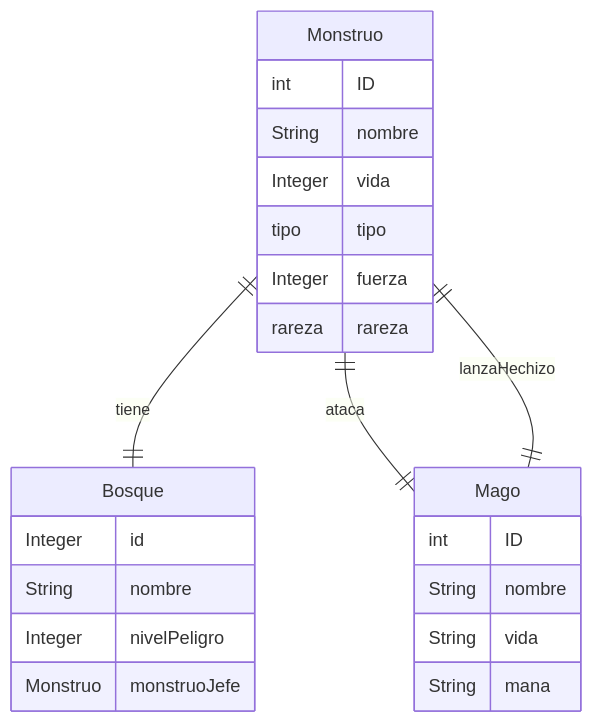
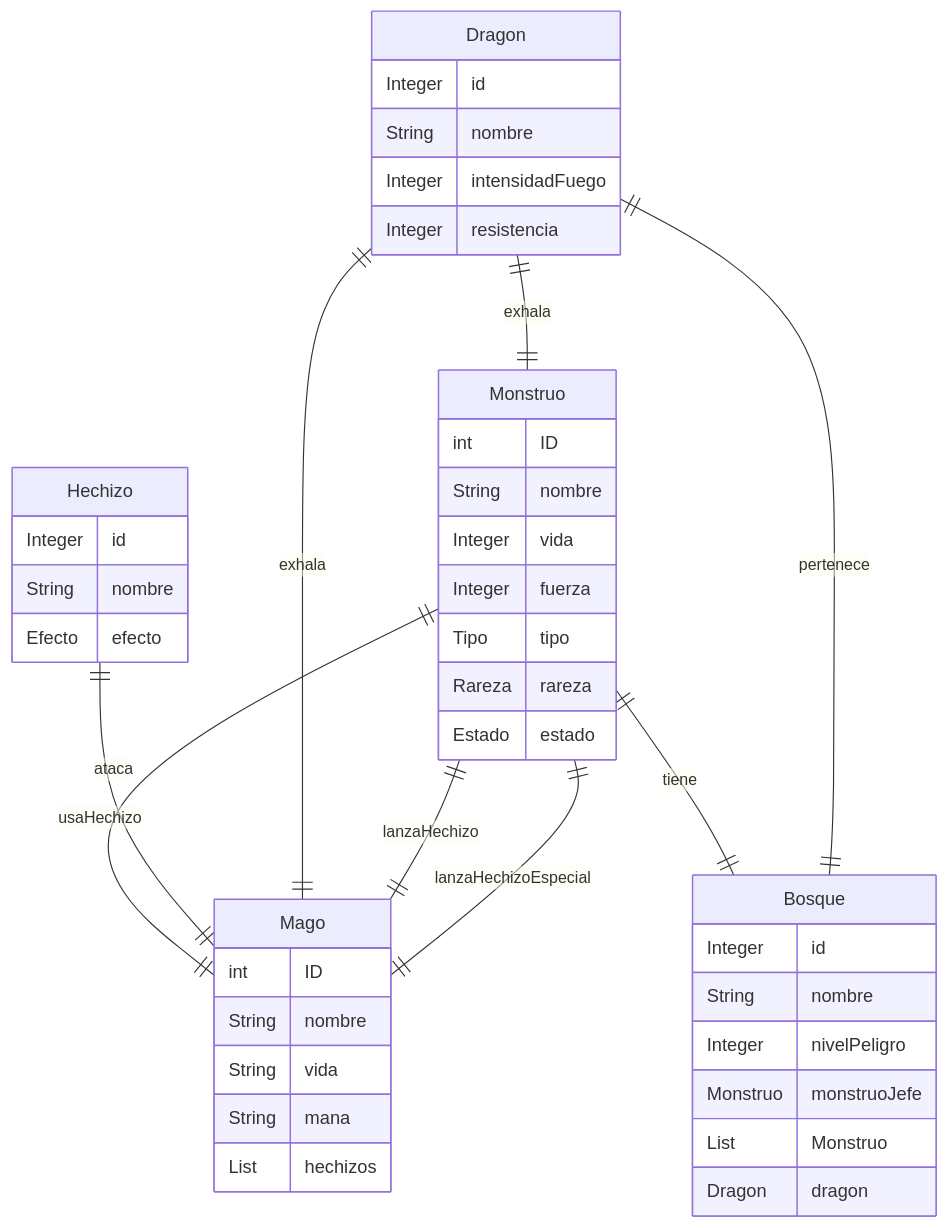
The second of 2 diagrams in README.md (Manuel-SanClemente/Dragolandia---Extendido), drawn with Mermaid before and after one commit. The commit also changed other lines of this file and 2 other files, not shown here.

Commit message:
18/12 10:30

````diff
--- a/README.md
+++ b/README.md
@@ -124,28 +132,52 @@
 ```mermaid
 erDiagram
     Monstruo ||--|| Bosque : tiene
     Mago ||--|| Monstruo : lanzaHechizo
+    Mago ||--|| Monstruo : lanzaHechizoEspecial
     Monstruo ||--|| Mago : ataca
+    Hechizo ||--|| Mago : usaHechizo
+    Dragon ||--|| Mago: exhala
+    Dragon ||--|| Monstruo: exhala
+    Dragon ||--|| Bosque: pertenece
   
 
     Mago {
         int ID
         String nombre
         String vida
         String mana
+        List hechizos
     }
+
+    Hechizo {
+        Integer id
+        String nombre
+        Efecto efecto
+    }
+
     Monstruo {
         int ID
         String nombre
         Integer vida
-        tipo tipo
         Integer fuerza
-        rareza rareza
+        Tipo tipo
+        Rareza rareza
+        Estado estado
     }
+
+    Dragon {
+        Integer id
+        String nombre
+        Integer intensidadFuego
+        Integer resistencia
+    }
+
     Bosque {
         Integer id
         String nombre
         Integer nivelPeligro
         Monstruo monstruoJefe
+        List Monstruo
+        Dragon dragon
     }
 ```
````
